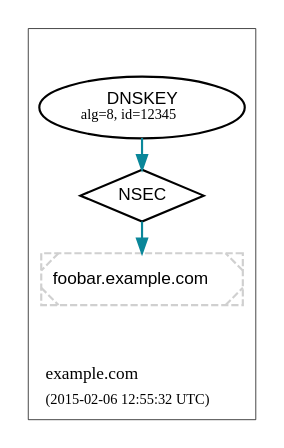
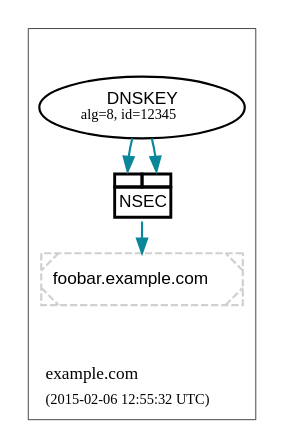
Before and after one commit to dnsviz/dnsviz: the diagram in doc/dot/rrsig-nsec.dot, drawn with Graphviz. The commit also changed 23 other files, not shown here.

```diff
--- a/doc/dot/rrsig-nsec.dot
+++ b/doc/dot/rrsig-nsec.dot
@@ -1,37 +1,44 @@
 digraph {
   graph [compound=true, rankdir=BT, ranksep=0.3];
 	node [label="\N",
 		penwidth=1.5
 	];
 	edge [penwidth=1.5];
 
   subgraph "cluster_example.com" {
 		graph [label=<<TABLE BORDER="0"><TR><TD ALIGN="LEFT"><FONT POINT-SIZE="12">example.com</FONT></TD></TR><TR><TD ALIGN="LEFT"><FONT POINT-SIZE="10">(2015-02-06 12:55:32 UTC)</FONT></TD></TR></TABLE>>,
 				labeljust=l,
 				penwidth=0.5
 		];
 		"cluster_example.com_top" [shape=point, style=invis];
 		"cluster_example.com_bottom" [shape=point, style=invis];
 		"DNSKEY-0|example.com|8|12345"	 [color="#000000",
 			fillcolor="#ffffff",
 			label=<<FONT POINT-SIZE="12" FACE="Helvetica">DNSKEY</FONT><BR/><FONT POINT-SIZE="10">alg=8, id=12345</FONT>>,
 			shape=ellipse,
 			style=filled];
     "RRset-0|foobar.example.com|A" [color="#d0d0d0",
 						fillcolor="#ffffff",
 						label=<<FONT POINT-SIZE="12" FACE="Helvetica">foobar.example.com</FONT>>,
 						shape=rectangle,
 						style="rounded,filled,dashed,diagonals"];
 		"NSEC-0|foobar.example.com|A" [color="#000000",
 						fillcolor="#ffffff",
-						label=<<FONT POINT-SIZE="12" FACE="Helvetica">NSEC</FONT>>,
-						shape=diamond,
+            label=<<TABLE BORDER="0" CELLSPACING="-2" CELLPADDING="0" BGCOLOR="#ffffff"><TR>
+<TD PORT="nsec1" BORDER="2"><FONT POINT-SIZE="6"> </FONT></TD>
+<TD PORT="nsec2" BORDER="2"><FONT POINT-SIZE="6"> </FONT></TD>
+</TR><TR><TD COLSPAN="2" BORDER="2" CELLPADDING="3"><FONT POINT-SIZE="12" FACE="Helvetica">NSEC</FONT></TD></TR>
+</TABLE>>,
+						shape=none,
 						style=filled];
   }
 	"cluster_example.com_bottom" -> "RRset-0|foobar.example.com|A" [style=invis];
-	"NSEC-0|foobar.example.com|A" -> "DNSKEY-0|example.com|8|12345" [dir=back,
+	"NSEC-0|foobar.example.com|A":"nsec1" -> "DNSKEY-0|example.com|8|12345" [dir=back,
+		color="#0a879a",
+		style="solid"];
+	"NSEC-0|foobar.example.com|A":"nsec2" -> "DNSKEY-0|example.com|8|12345" [dir=back,
 		color="#0a879a",
 		style="solid"];
 	"RRset-0|foobar.example.com|A" -> "NSEC-0|foobar.example.com|A" [color="#0a879a", dir=back, style=solid];
 	"DNSKEY-0|example.com|8|12345" -> "cluster_example.com_top" [style=invis];
 }
```
